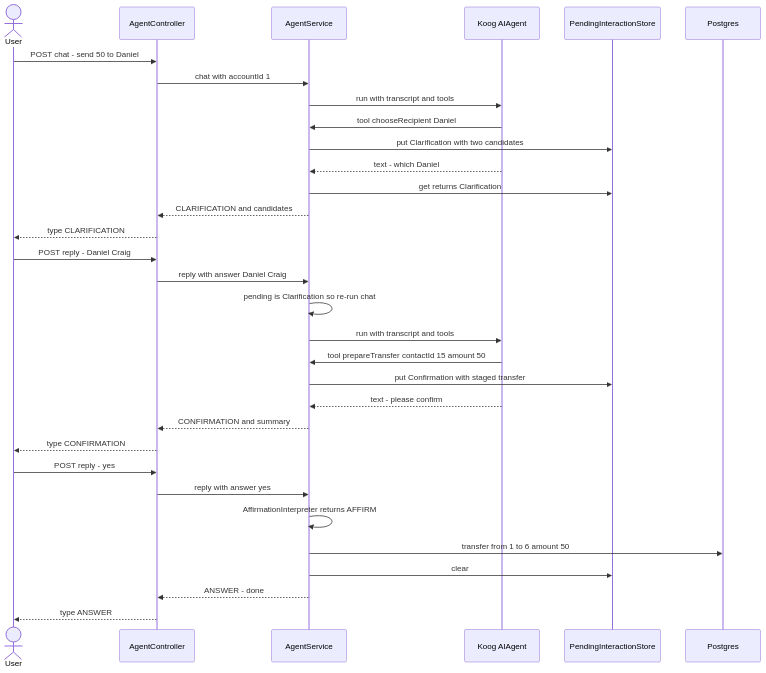
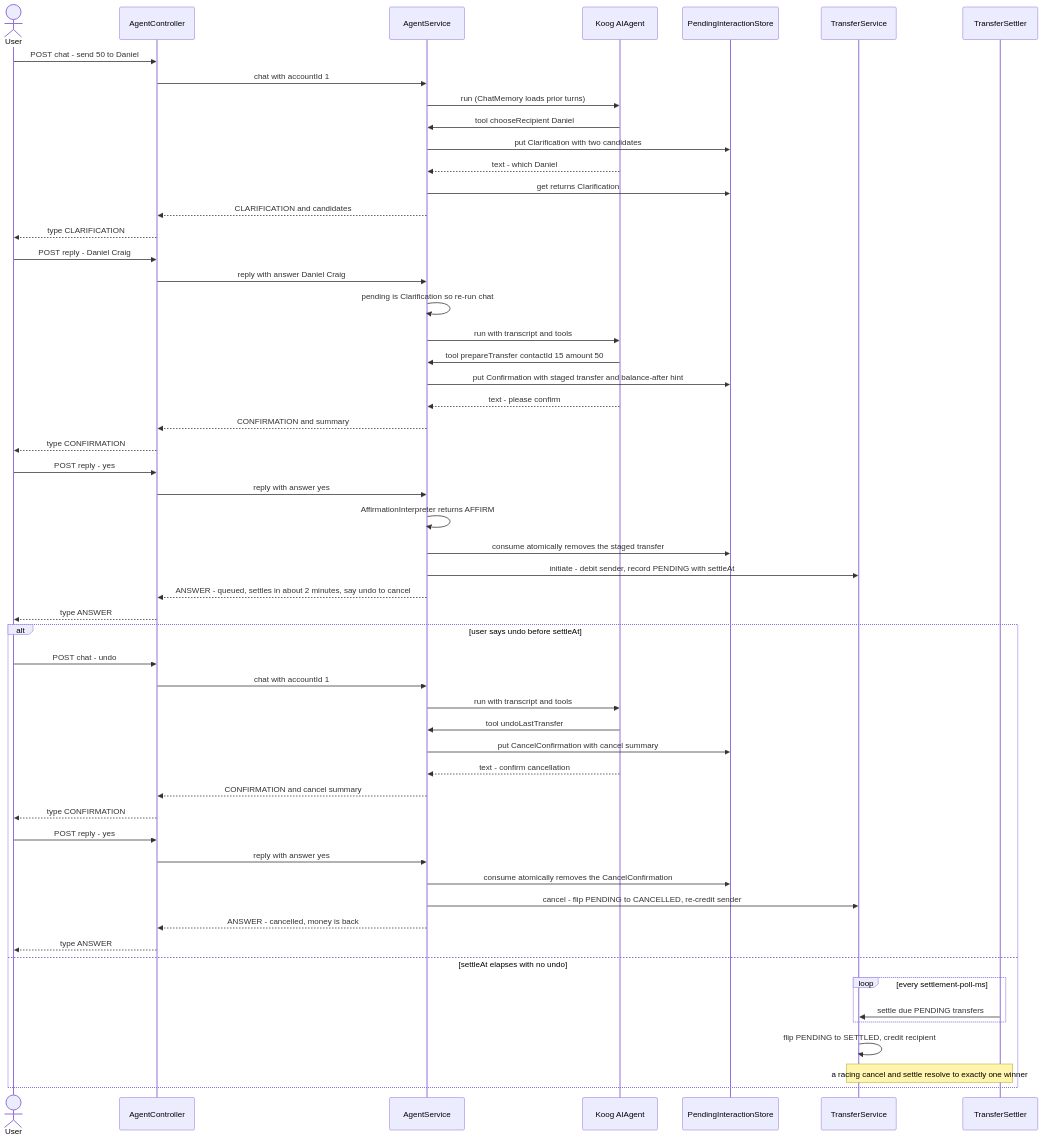
One commit to adityamparikh/koog-spring-boot changed the third of 3 diagrams in docs/agent-flow.md. Above: the diagram before and after it, drawn with Mermaid. The commit also changed other lines of this file, not shown here.

First line of the commit message:
docs(agent-flow): update diagrams for async settlement & agent package split

````diff
--- a/docs/agent-flow.md
+++ b/docs/agent-flow.md
@@ -85,37 +115,62 @@
 ```mermaid
 sequenceDiagram
     actor U as User
     participant API as AgentController
     participant S as AgentService
     participant L as Koog AIAgent
     participant P as PendingInteractionStore
-    participant DB as Postgres
+    participant T as TransferService
+    participant SET as TransferSettler
 
     U->>API: POST chat - send 50 to Daniel
     API->>S: chat with accountId 1
-    S->>L: run with transcript and tools
+    S->>L: run (ChatMemory loads prior turns)
     L->>S: tool chooseRecipient Daniel
     S->>P: put Clarification with two candidates
     L-->>S: text - which Daniel
     S->>P: get returns Clarification
     S-->>API: CLARIFICATION and candidates
     API-->>U: type CLARIFICATION
 
     U->>API: POST reply - Daniel Craig
     API->>S: reply with answer Daniel Craig
     S->>S: pending is Clarification so re-run chat
     S->>L: run with transcript and tools
     L->>S: tool prepareTransfer contactId 15 amount 50
-    S->>P: put Confirmation with staged transfer
+    S->>P: put Confirmation with staged transfer and balance-after hint
     L-->>S: text - please confirm
     S-->>API: CONFIRMATION and summary
     API-->>U: type CONFIRMATION
 
     U->>API: POST reply - yes
     API->>S: reply with answer yes
     S->>S: AffirmationInterpreter returns AFFIRM
-    S->>DB: transfer from 1 to 6 amount 50
-    S->>P: clear
-    S-->>API: ANSWER - done
+    S->>P: consume atomically removes the staged transfer
+    S->>T: initiate - debit sender, record PENDING with settleAt
+    S-->>API: ANSWER - queued, settles in about 2 minutes, say undo to cancel
     API-->>U: type ANSWER
+
+    alt user says undo before settleAt
+        U->>API: POST chat - undo
+        API->>S: chat with accountId 1
+        S->>L: run with transcript and tools
+        L->>S: tool undoLastTransfer
+        S->>P: put CancelConfirmation with cancel summary
+        L-->>S: text - confirm cancellation
+        S-->>API: CONFIRMATION and cancel summary
+        API-->>U: type CONFIRMATION
+
+        U->>API: POST reply - yes
+        API->>S: reply with answer yes
+        S->>P: consume atomically removes the CancelConfirmation
+        S->>T: cancel - flip PENDING to CANCELLED, re-credit sender
+        S-->>API: ANSWER - cancelled, money is back
+        API-->>U: type ANSWER
+    else settleAt elapses with no undo
+        loop every settlement-poll-ms
+            SET->>T: settle due PENDING transfers
+        end
+        T->>T: flip PENDING to SETTLED, credit recipient
+        Note over SET,T: a racing cancel and settle resolve to exactly one winner
+    end
 ```
````
